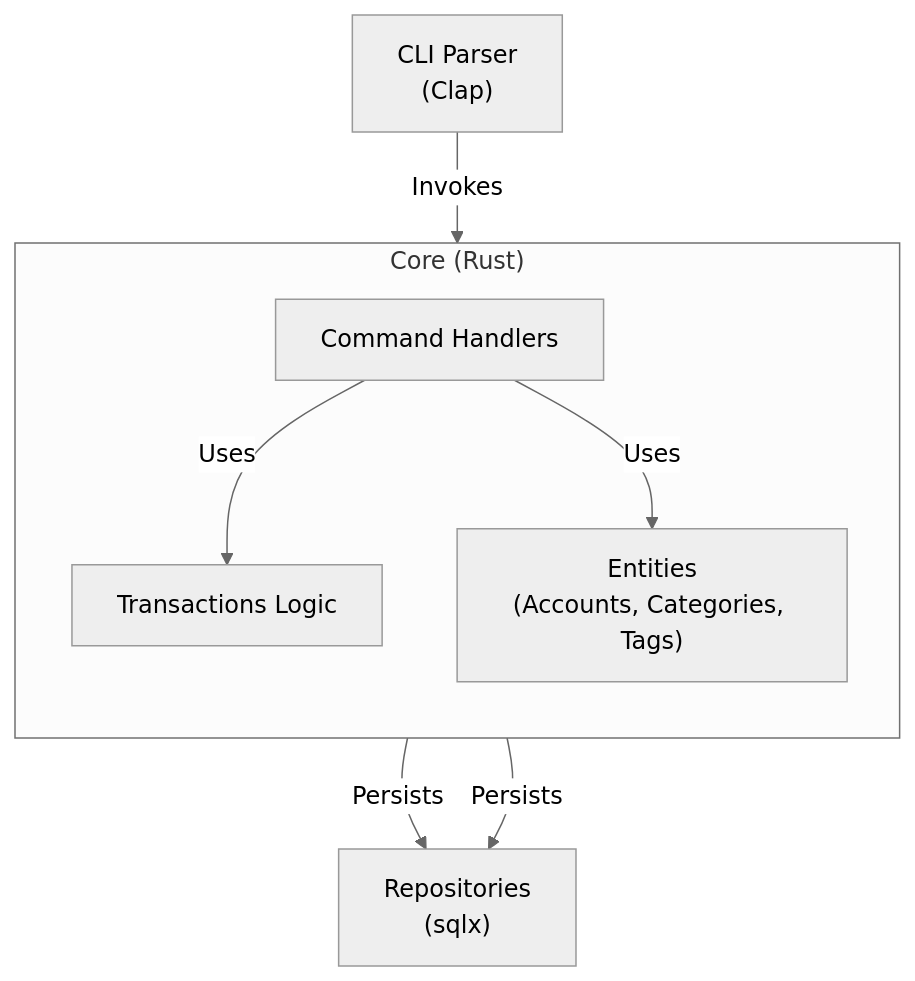
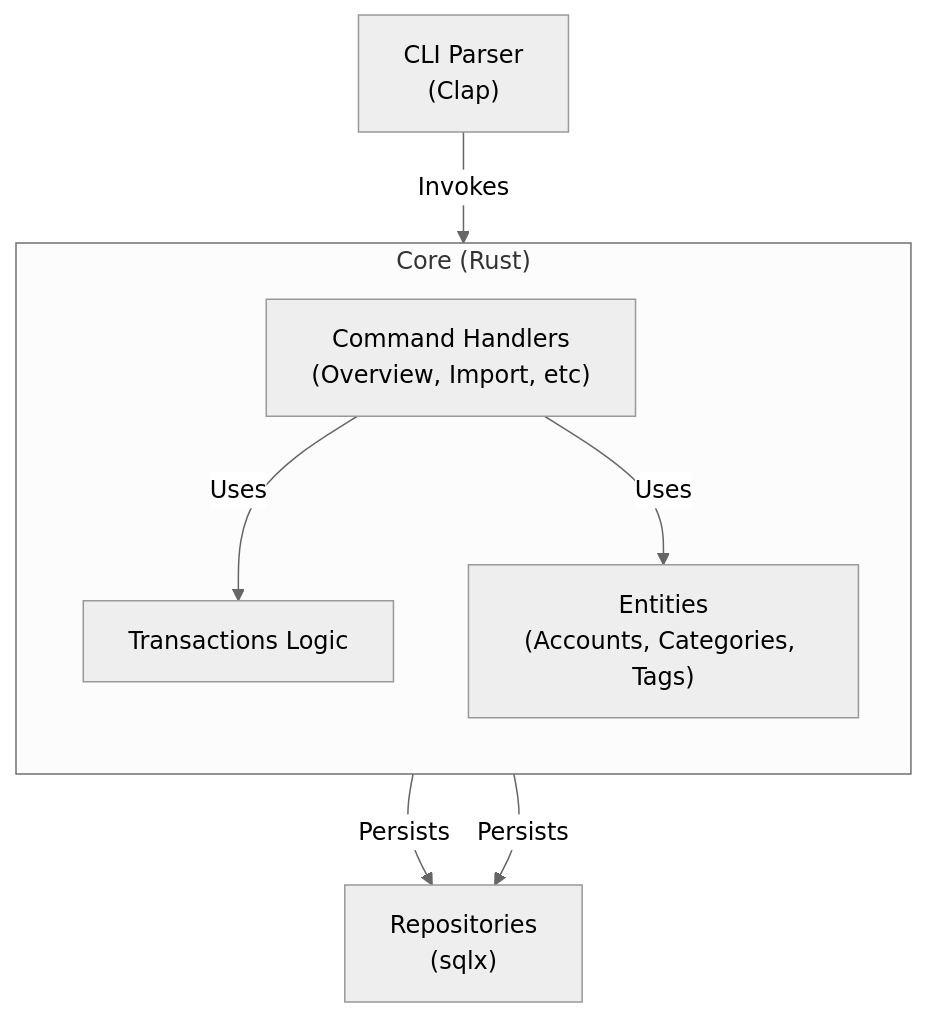
Before and after one commit to mickaelyoshua/moneta-cli: the third of 5 diagrams in architecture.md, drawn with Mermaid (neutral theme). The commit also changed 2 other files, not shown here.

Commit message:
docs: translate and update markdown documentation with latest commands
- Translates root markdown files (`README.md`, `AI_MAPPING.md`) to English
- Adds missing commands (`import`, `overview`, `account`, `credit_card`) to `README.md`
- Enhances `AI_MAPPING.md` with explicit CSV format rules for AI agents
- Updates C4 component diagrams in `architecture.md` with new Handlers

````diff
--- a/architecture.md
+++ b/architecture.md
@@ -40,19 +40,19 @@
 ```mermaid
 flowchart TD
   CLI["CLI Parser\n(Clap)"]
 
   subgraph Core["Core (Rust)"]
     direction TB
-    Cmd["Command Handlers"]
+    Cmd["Command Handlers\n(Overview, Import, etc)"]
     Tx["Transactions Logic"]
     Entities["Entities\n(Accounts, Categories, Tags)"]
   end
 
   DBLayer["Repositories\n(sqlx)"]
 
   CLI -- "Invokes" --> Cmd
   Cmd -- "Uses" --> Tx
   Cmd -- "Uses" --> Entities
   Tx -- "Persists" --> DBLayer
   Entities -- "Persists" --> DBLayer
 ```
````
